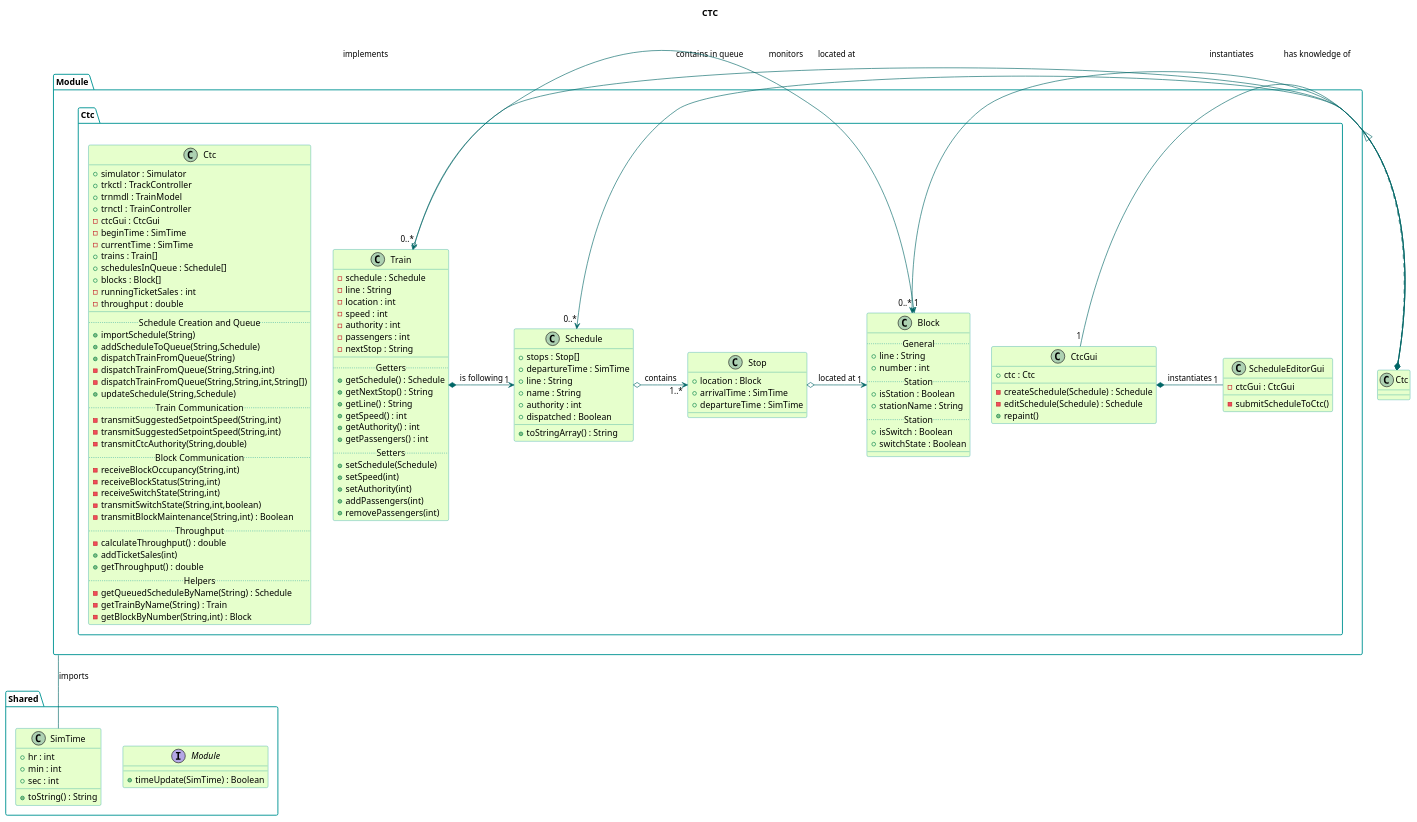
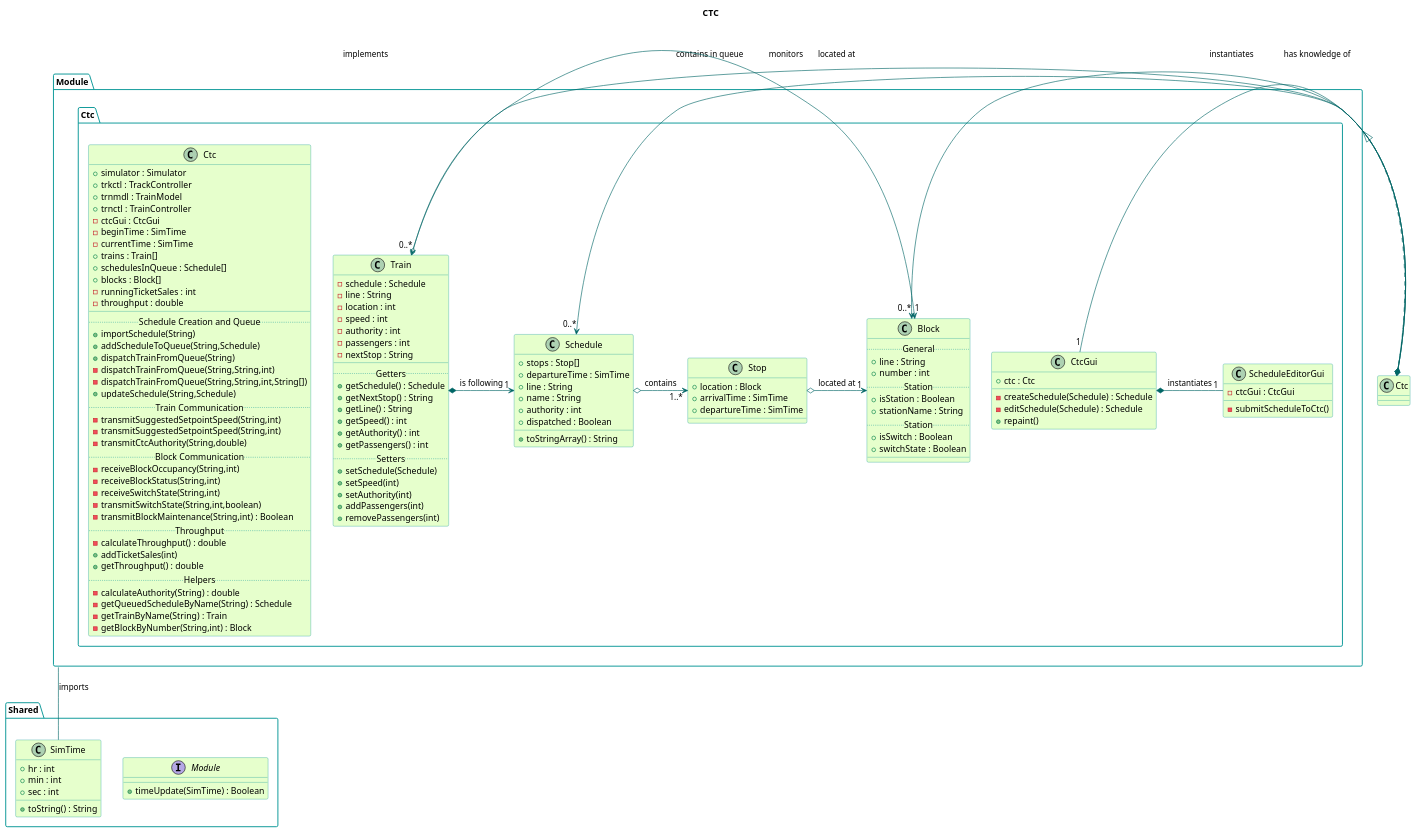
One commit to kevingilboy/COE1186 changed the diagram in TrainSystem/yUML/Class Diagrams/CtcClassDiagram.pu. Above: the diagram before and after it, drawn with PlantUML. The commit also changed 3 other files, not shown here.

```diff
--- a/TrainSystem/yUML/Class Diagrams/CtcClassDiagram.pu
+++ b/TrainSystem/yUML/Class Diagrams/CtcClassDiagram.pu
@@ -1,141 +1,142 @@
 @startuml
 
 title CTC
 skinparam backgroundColor transparent
 skinparam classBackgroundColor #e6ffcc
 skinparam classBorderColor 	#049595
 skinparam packageBorderCOlor  #049595
 skinparam arrowColor #006666
 
 
 package Shared{
   interface Module{
     +timeUpdate(SimTime) : Boolean
   }
   class SimTime{
     +hr : int
     +min : int
     +sec : int
     +toString() : String
   }
 }
 package Module.Ctc {
   class Ctc {
     +simulator : Simulator
     +trkctl : TrackController
     +trnmdl : TrainModel
     +trnctl : TrainController
     -ctcGui : CtcGui
     -beginTime : SimTime
     -currentTime : SimTime
     +trains : Train[]
     +schedulesInQueue : Schedule[]
     +blocks : Block[]
     -runningTicketSales : int
     -throughput : double
     __
     ..Schedule Creation and Queue..
     +importSchedule(String)
     +addScheduleToQueue(String,Schedule)
     +dispatchTrainFromQueue(String)
     -dispatchTrainFromQueue(String,String,int)
     -dispatchTrainFromQueue(String,String,int,String[])
     +updateSchedule(String,Schedule)
     ..Train Communication..
     -transmitSuggestedSetpointSpeed(String,int)
     -transmitSuggestedSetpointSpeed(String,int)
     -transmitCtcAuthority(String,double)
     ..Block Communication..
     -receiveBlockOccupancy(String,int)
     -receiveBlockStatus(String,int)
     -receiveSwitchState(String,int)
     -transmitSwitchState(String,int,boolean)
     -transmitBlockMaintenance(String,int) : Boolean
     ..Throughput..
     -calculateThroughput() : double
     +addTicketSales(int)
     +getThroughput() : double
     ..Helpers..
+    -calculateAuthority(String) : double
     -getQueuedScheduleByName(String) : Schedule
     -getTrainByName(String) : Train
     -getBlockByNumber(String,int) : Block
   }
   class CtcGui {
     +ctc : Ctc
     -createSchedule(Schedule) : Schedule
     -editSchedule(Schedule) : Schedule
     +repaint()
   }
   class ScheduleEditorGui {
     -ctcGui : CtcGui
     -submitScheduleToCtc()
   }
   class Train{
     -schedule : Schedule
     -line : String
     -location : int
     -speed : int
     -authority : int
     -passengers : int
     -nextStop : String
     __
     ..Getters..
     +getSchedule() : Schedule
     +getNextStop() : String
     +getLine() : String
     +getSpeed() : int
     +getAuthority() : int
     +getPassengers() : int
     ..Setters..
     +setSchedule(Schedule)
     +setSpeed(int)
     +setAuthority(int)
     +addPassengers(int)
     +removePassengers(int)
   }
   class Schedule {
     +stops : Stop[]
     +departureTime : SimTime
     +line : String
     +name : String
     +authority : int
     +dispatched : Boolean
     +toStringArray() : String
   }
   class Stop {
     +location : Block
     +arrivalTime : SimTime
     +departureTime : SimTime
   }
   class Block{
     ..General..
     +line : String
     +number : int
     ..Station..
     +isStation : Boolean
     +stationName : String
     ..Station..
     +isSwitch : Boolean
     +switchState : Boolean
     __
   }
 }
 
 Module--SimTime : imports
 
 Module <|. Ctc : implements
 
 Ctc o->"0..*" Block : has knowledge of
 Ctc o->"0..*" Schedule : contains in queue
 Ctc o-->"0..*" Train : monitors
 Ctc *-"1" CtcGui : instantiates
 
 CtcGui *-"1" ScheduleEditorGui : instantiates
 
 Schedule o->"1..*" Stop : contains
 Stop o->"1" Block : located at
 
 Train *->"1" Schedule : is following
 Train o->"1" Block : located at
 
 @enduml
```
